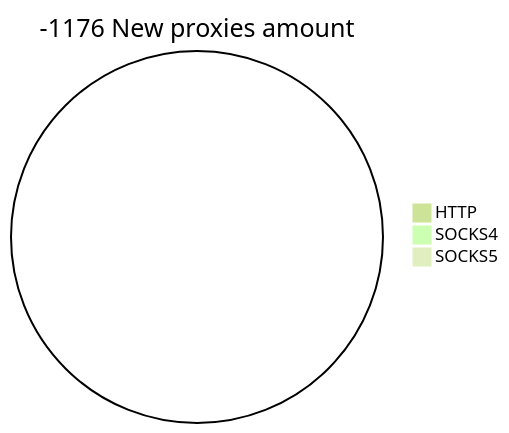
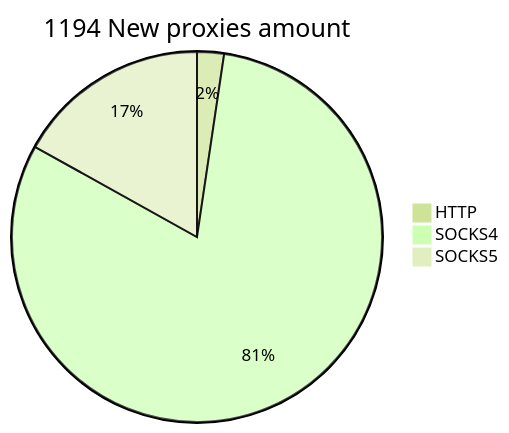
Before and after one commit to cutipu/proxylist: the second of 2 diagrams in README.md, drawn with Mermaid (forest theme). The commit also changed other lines of this file, not shown here.

````diff
--- a/README.md
+++ b/README.md
@@ -10,6 +10,6 @@
 ```mermaid
-pie title -1176 New proxies amount
-    "HTTP" : 0
-    "SOCKS4" : 0
-    "SOCKS5" : 0
+pie title 1194 New proxies amount
+    "HTTP" : 28
+    "SOCKS4" : 964
+    "SOCKS5" : 202
 ```
````
